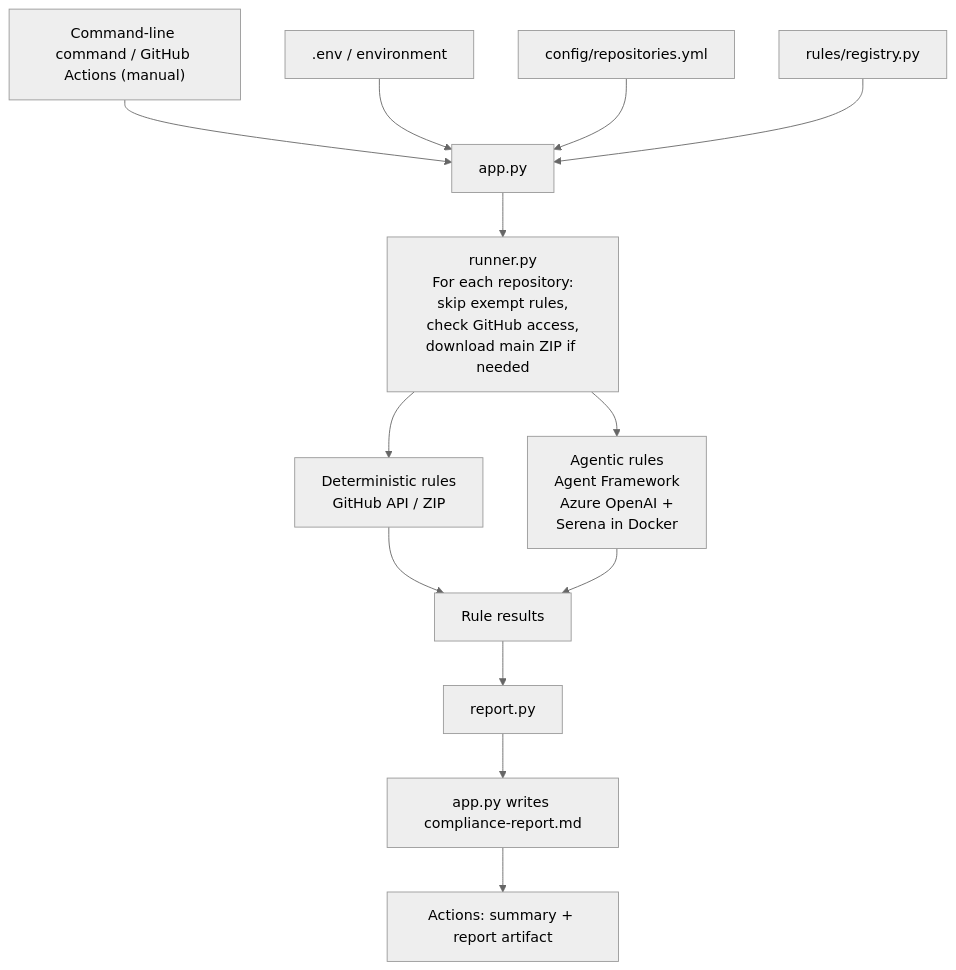
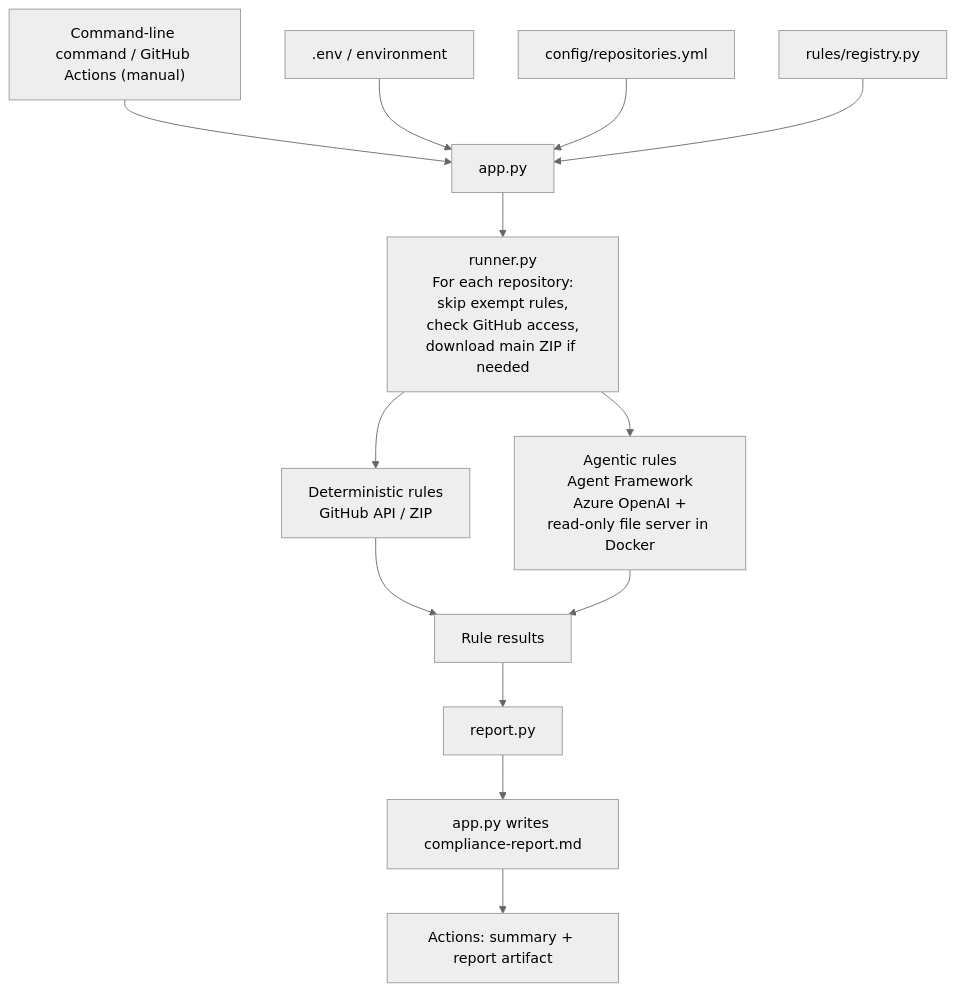
One commit to pete-mcg/repo-compliance changed the diagram in docs/architecture.md. Above: the diagram before and after it, drawn with Mermaid (neutral theme). The commit also changed other lines of this file and 13 other files, not shown here.

````diff
--- a/docs/architecture.md
+++ b/docs/architecture.md
@@ -5,15 +5,15 @@
 ```mermaid
 flowchart TD
     command["Command-line command / GitHub Actions (manual)"] --> app[app.py]
     environment[.env / environment] --> app
     repositories[config/repositories.yml] --> app
     registry[rules/registry.py] --> app
     app --> runner[runner.py<br/>For each repository:<br/>skip exempt rules,<br/>check GitHub access,<br/>download main ZIP if needed]
     runner --> deterministic[Deterministic rules<br/>GitHub API / ZIP]
-    runner --> agentic[Agentic rules<br/>Agent Framework<br/>Azure OpenAI +<br/>Serena in Docker]
+    runner --> agentic[Agentic rules<br/>Agent Framework<br/>Azure OpenAI +<br/>read-only file server in Docker]
     deterministic --> results[Rule results]
     agentic --> results
     results --> report[report.py]
     report --> write[app.py writes compliance-report.md]
     write --> actions[Actions: summary + report artifact]
 ```
````
